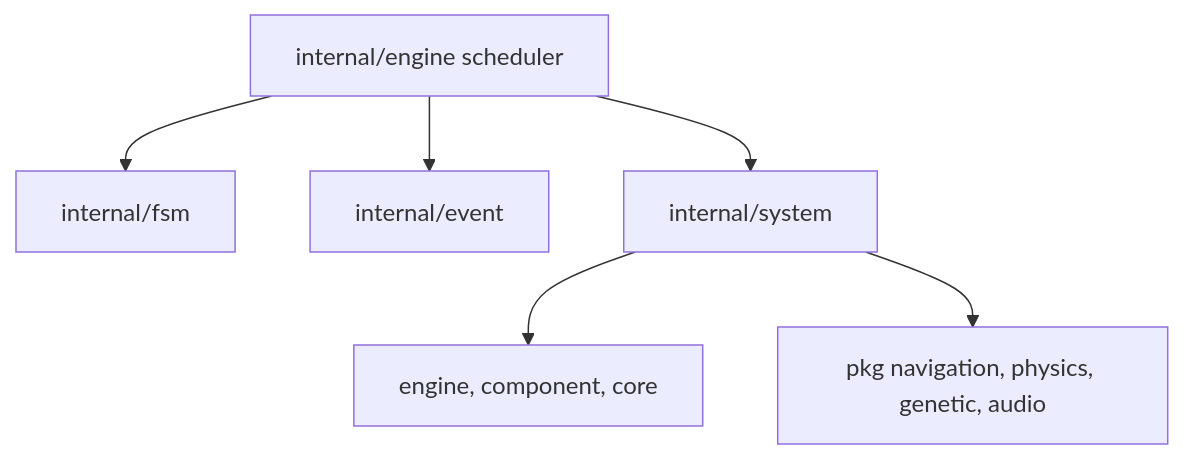
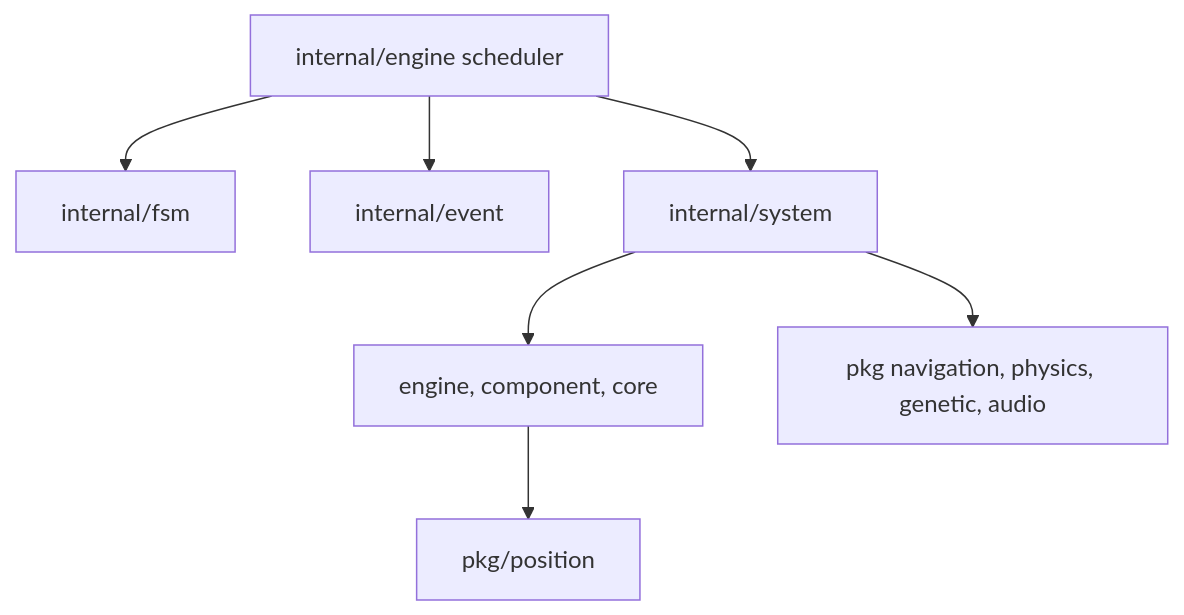
Before and after one commit to lixenwraith/vif: the second of 4 diagrams in doc/package-map.md, drawn with Mermaid. The commit also changed other lines of this file and 30 other files, not shown here.

First line of the commit message:
Position: the spatial index and its geometry move to pkg/position, the engine binds them

````diff
--- a/doc/package-map.md
+++ b/doc/package-map.md
@@ -31,8 +31,9 @@
 ```mermaid
 flowchart TD
     Scheduler["internal/engine scheduler"] --> FSM["internal/fsm"]
     Scheduler --> Events["internal/event"]
     Scheduler --> Systems["internal/system"]
     Systems --> ECS["engine, component, core"]
     Systems --> Algorithms["pkg navigation, physics, genetic, audio"]
+    ECS --> Position["pkg/position"]
 ```
````
